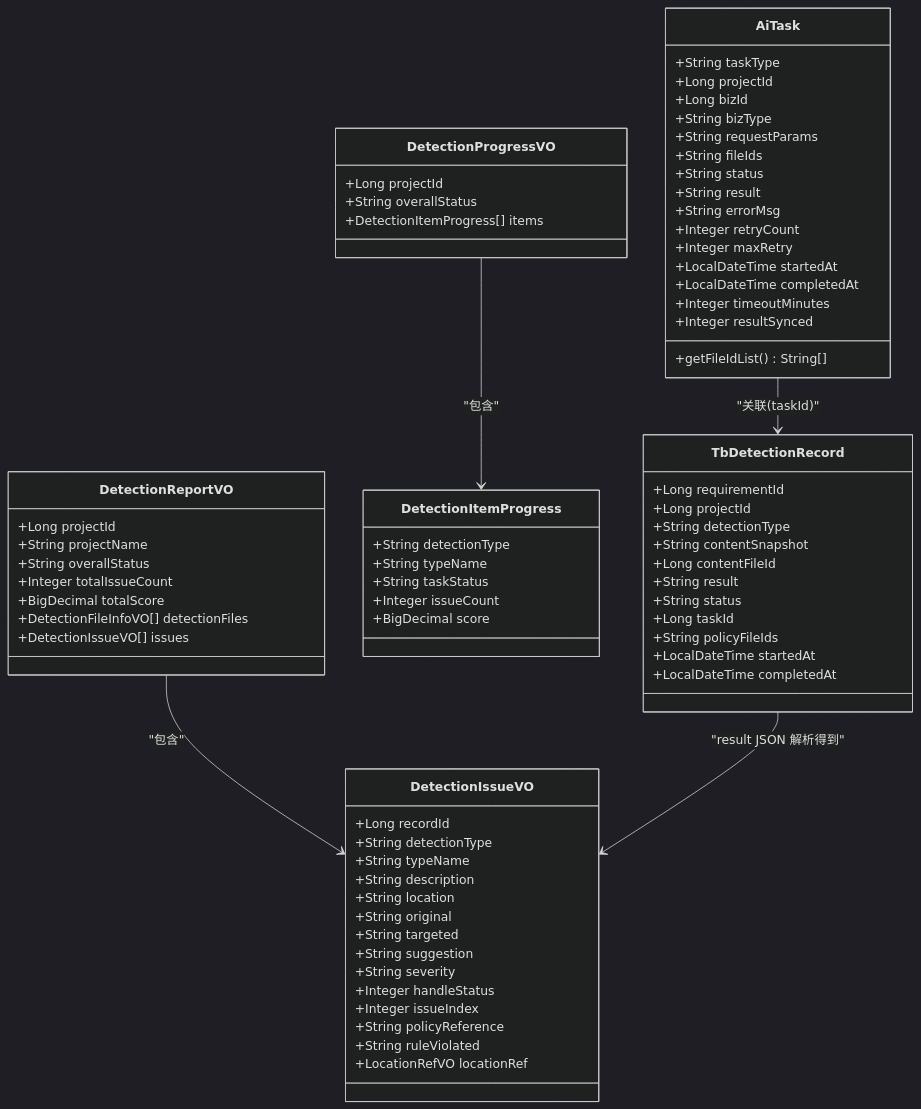
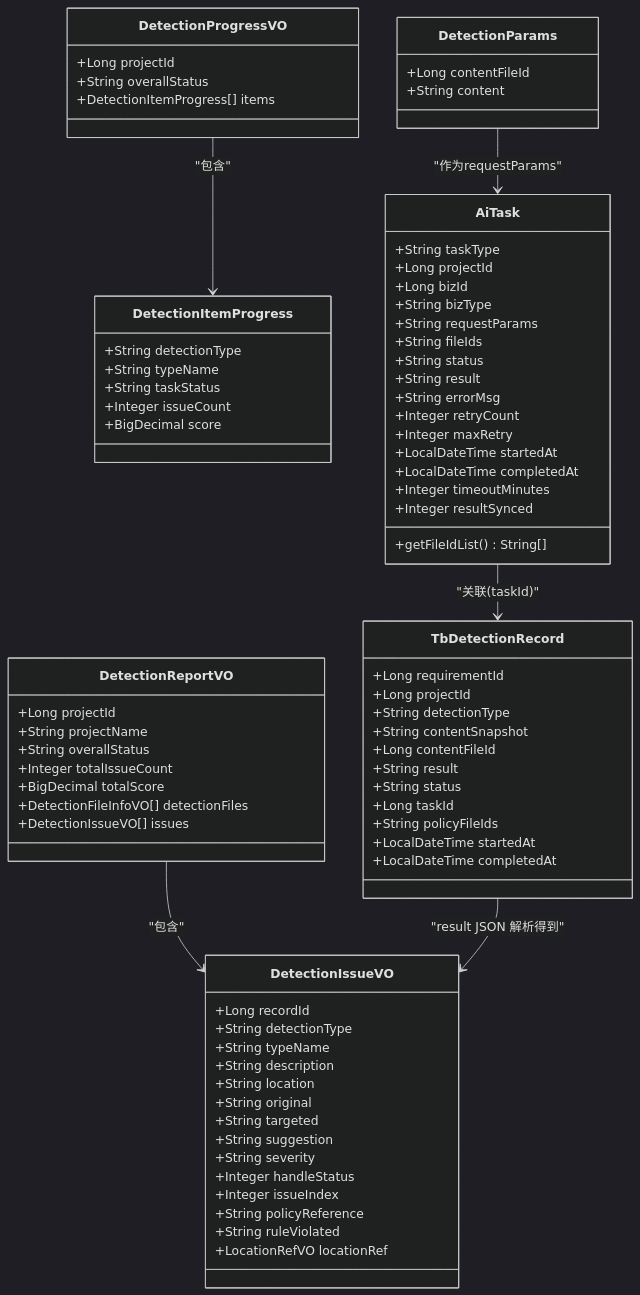
Before and after one commit to DrunkFood/First: the fourth of 6 diagrams in .qoder/repowiki/zh/content/后端服务/核心业务服务 (ele-ai-tender-core)/智能检测服务.md, drawn with Mermaid (dark theme). The commit also changed other lines of this file and 69 other files, not shown here.

````diff
--- a/.qoder/repowiki/zh/content/后端服务/核心业务服务 (ele-ai-tender-core)/智能检测服务.md
+++ b/.qoder/repowiki/zh/content/后端服务/核心业务服务 (ele-ai-tender-core)/智能检测服务.md
@@ -231,75 +254,80 @@
 ```mermaid
 classDiagram
 class DetectionIssueVO {
 +Long recordId
 +String detectionType
 +String typeName
 +String description
 +String location
 +String original
 +String targeted
 +String suggestion
 +String severity
 +Integer handleStatus
 +Integer issueIndex
 +String policyReference
 +String ruleViolated
 +LocationRefVO locationRef
 }
 class DetectionReportVO {
 +Long projectId
 +String projectName
 +String overallStatus
 +Integer totalIssueCount
 +BigDecimal totalScore
 +DetectionFileInfoVO[] detectionFiles
 +DetectionIssueVO[] issues
 }
 class DetectionProgressVO {
 +Long projectId
 +String overallStatus
 +DetectionItemProgress[] items
 }
 class DetectionItemProgress {
 +String detectionType
 +String typeName
 +String taskStatus
 +Integer issueCount
 +BigDecimal score
 }
 class TbDetectionRecord {
 +Long requirementId
 +Long projectId
 +String detectionType
 +String contentSnapshot
 +Long contentFileId
 +String result
 +String status
 +Long taskId
 +String policyFileIds
 +LocalDateTime startedAt
 +LocalDateTime completedAt
 }
 class AiTask {
 +String taskType
 +Long projectId
 +Long bizId
 +String bizType
 +String requestParams
 +String fileIds
 +String status
 +String result
 +String errorMsg
 +Integer retryCount
 +Integer maxRetry
 +LocalDateTime startedAt
 +LocalDateTime completedAt
 +Integer timeoutMinutes
 +Integer resultSynced
 +getFileIdList() String[]
 }
+class DetectionParams {
++Long contentFileId
++String content
+}
 DetectionReportVO --> DetectionIssueVO : "包含"
 DetectionProgressVO --> DetectionItemProgress : "包含"
 TbDetectionRecord --> DetectionIssueVO : "result JSON 解析得到"
 AiTask --> TbDetectionRecord : "关联(taskId)"
+DetectionParams --> AiTask : "作为requestParams"
 ```
````
